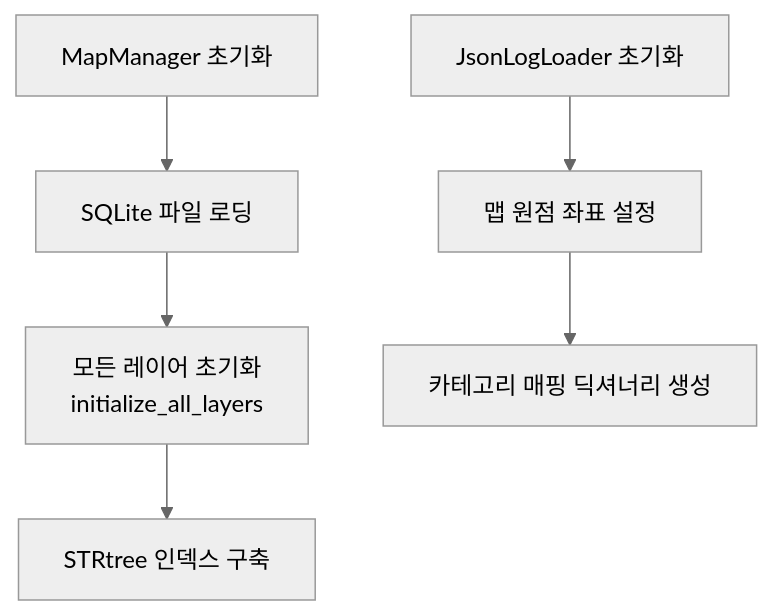
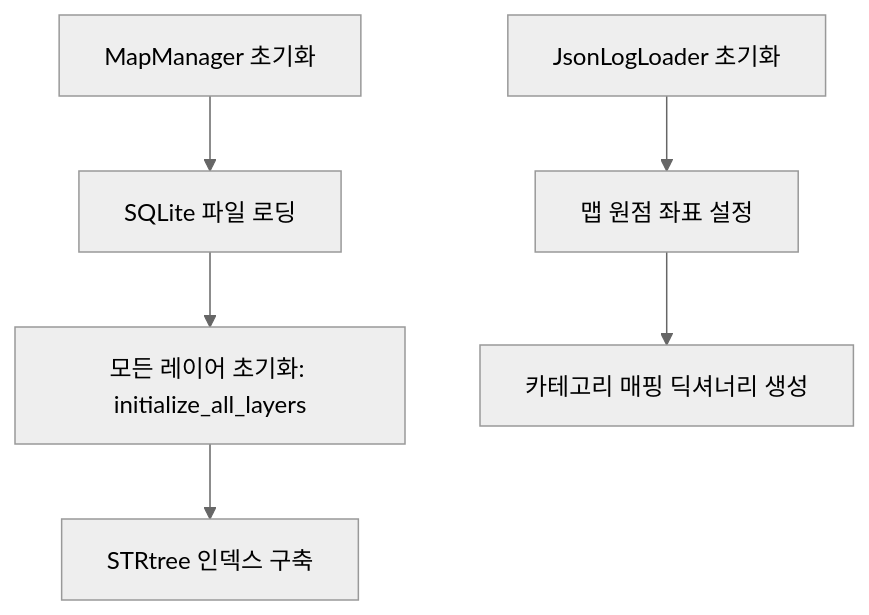
One commit to etri/ad_scenario_classifier changed the second of 9 diagrams in doc/01_architecture.md. Above: the diagram before and after it, drawn with Mermaid (neutral theme). The commit also changed other lines of this file and 5 other files, not shown here.

````diff
--- a/doc/01_architecture.md
+++ b/doc/01_architecture.md
@@ -129,9 +129,9 @@
 ```mermaid
 flowchart TD
     A[MapManager 초기화] --> B[SQLite 파일 로딩]
-    B --> C[모든 레이어 초기화<br/>initialize_all_layers]
+    B --> C["모든 레이어 초기화: initialize_all_layers"]
     C --> D[STRtree 인덱스 구축]
     
     E[JsonLogLoader 초기화] --> F[맵 원점 좌표 설정]
     F --> G[카테고리 매핑 딕셔너리 생성]
 ```
````
